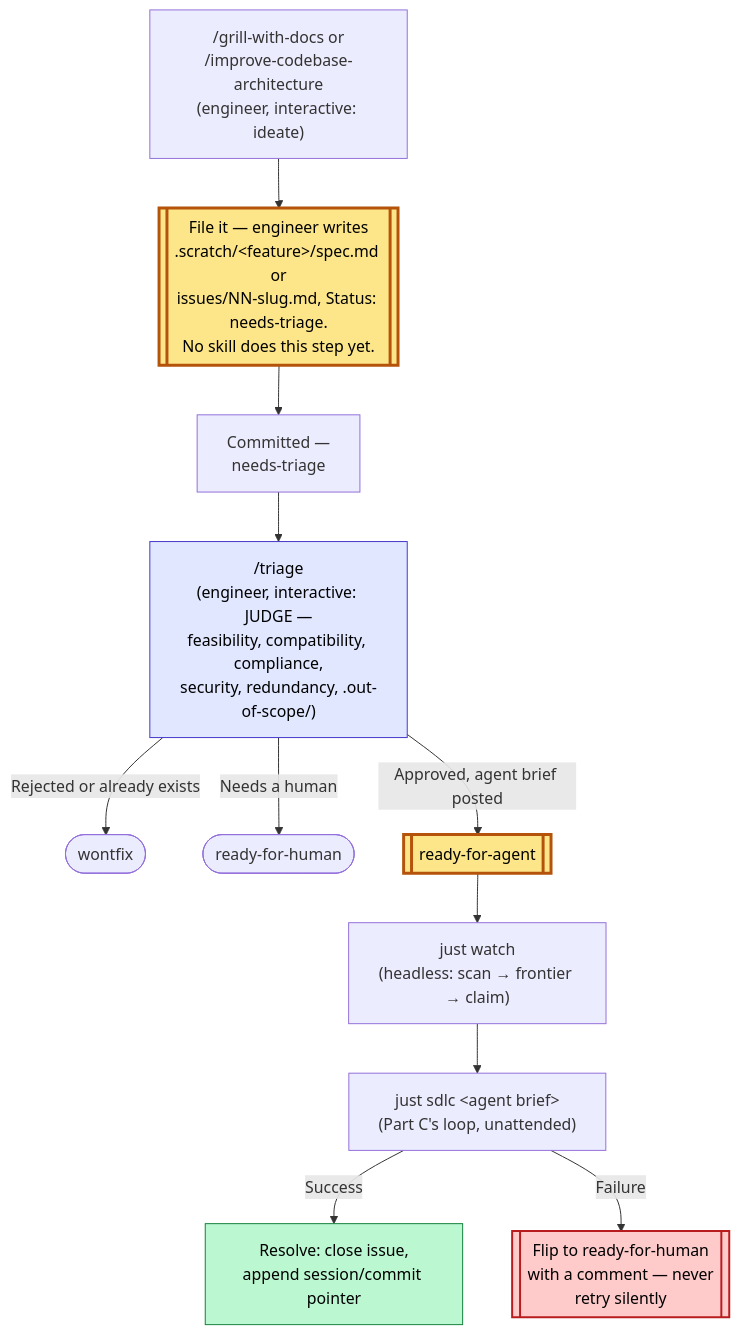
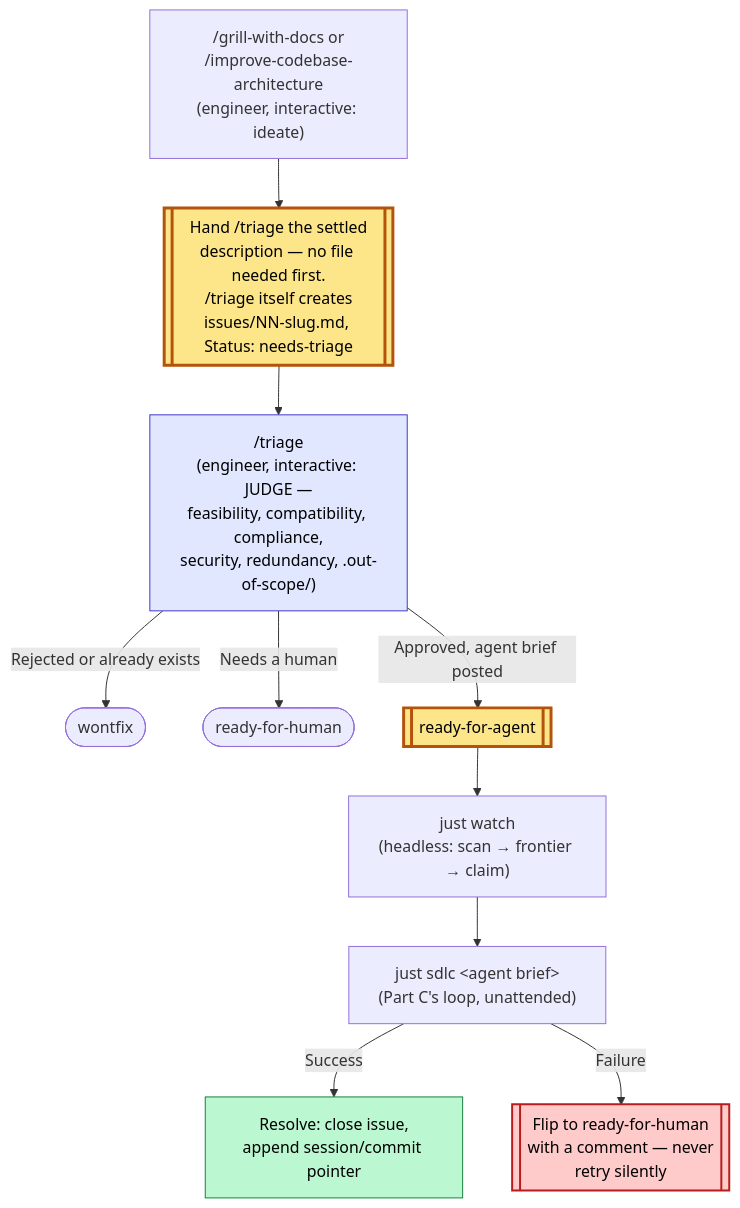
The seventh of 7 diagrams in docs/playbook-adopting-sssf.md (joystick/super-simple-software-factory), drawn with Mermaid before and after one commit. The commit also changed other lines of this file and 1 other file, not shown here.

````diff
--- a/docs/playbook-adopting-sssf.md
+++ b/docs/playbook-adopting-sssf.md
@@ -569,19 +569,18 @@
 ```mermaid
 flowchart TD
-    Idea["/grill-with-docs or<br/>/improve-codebase-architecture<br/>(engineer, interactive: ideate)"] --> File[["File it — engineer writes<br/>.scratch/&lt;feature&gt;/spec.md or<br/>issues/NN-slug.md, Status: needs-triage.<br/>No skill does this step yet."]]
-    File --> Filed[Committed —<br/>needs-triage]
-    Filed --> Triage["/triage<br/>(engineer, interactive: JUDGE —<br/>feasibility, compatibility, compliance,<br/>security, redundancy, .out-of-scope/)"]
+    Idea["/grill-with-docs or<br/>/improve-codebase-architecture<br/>(engineer, interactive: ideate)"] --> File[["Hand /triage the settled<br/>description — no file needed first.<br/>/triage itself creates<br/>issues/NN-slug.md, Status: needs-triage"]]
+    File --> Triage["/triage<br/>(engineer, interactive: JUDGE —<br/>feasibility, compatibility, compliance,<br/>security, redundancy, .out-of-scope/)"]
     Triage -->|Rejected or already exists| Wontfix([wontfix])
     Triage -->|Needs a human| ReadyHuman([ready-for-human])
     Triage -->|Approved, agent brief posted| Ready[["ready-for-agent"]]
     Ready --> Watch["just watch<br/>(headless: scan → frontier → claim)"]
     Watch --> Sdlc["just sdlc &lt;agent brief&gt;<br/>(Part C's loop, unattended)"]
     Sdlc -->|Success| Resolve[Resolve: close issue,<br/>append session/commit pointer]
     Sdlc -->|Failure| Flip[["Flip to ready-for-human<br/>with a comment — never<br/>retry silently"]]
 
     style File fill:#fde68a,stroke:#b45309,stroke-width:3px,color:#000
     style Triage fill:#e0e7ff,stroke:#4338ca,color:#000
     style Ready fill:#fde68a,stroke:#b45309,stroke-width:3px,color:#000
     style Flip fill:#fecaca,stroke:#b91c1c,stroke-width:2px,color:#000
     style Resolve fill:#bbf7d0,stroke:#15803d,color:#000
 ```
````
